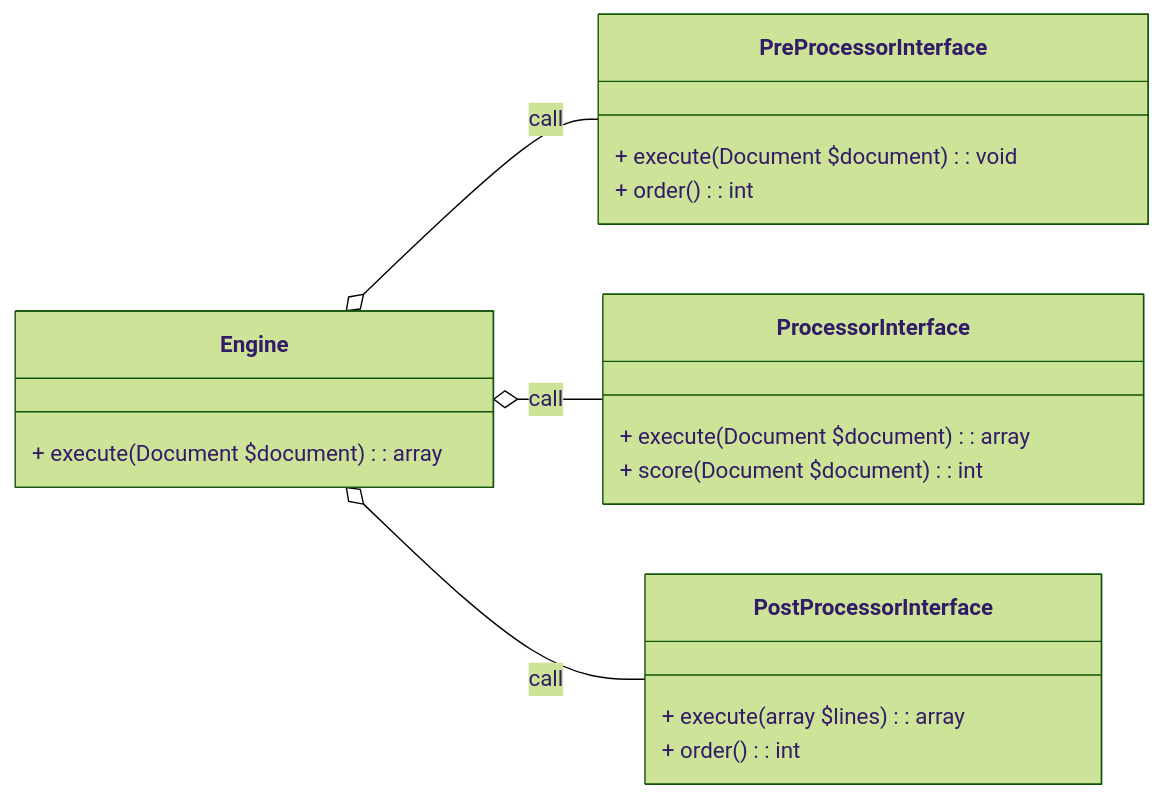
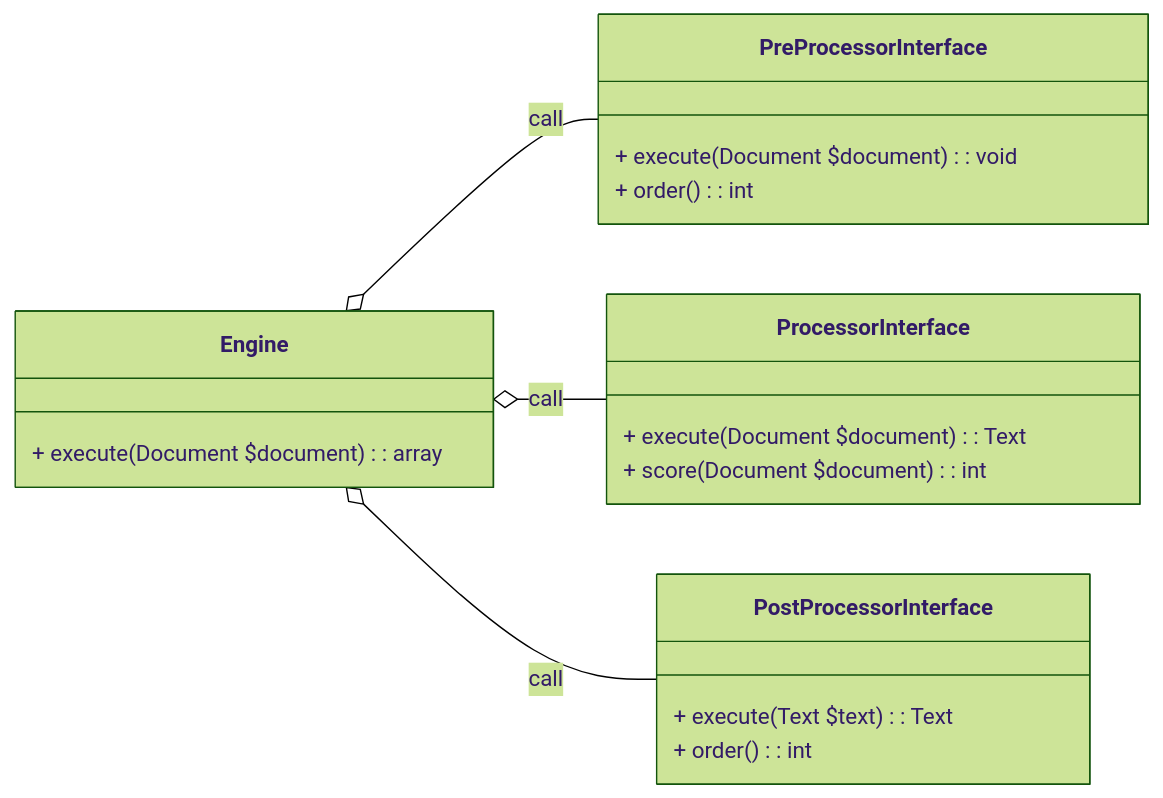
The diagram in doc/diagrams/generator.mermaid (desarrolla2/viu_47_proyecto_de_ingenieria_del_software), drawn with Mermaid (forest theme) before and after one commit. The commit also changed 21 other files, not shown here.

```diff
--- a/doc/diagrams/generator.mermaid
+++ b/doc/diagrams/generator.mermaid
@@ -1,24 +1,24 @@
 classDiagram
     direction LR
     Engine o-- PreProcessorInterface: call
     Engine o-- ProcessorInterface: call
     Engine o-- PostProcessorInterface: call
 
     class Engine {
         + execute(Document $document): array
     }
 
     class PreProcessorInterface {
         + execute(Document $document): void
         + order(): int
     }
 
     class ProcessorInterface {
-        + execute(Document $document): array
+        + execute(Document $document): Text
         + score(Document $document): int
     }
 
     class PostProcessorInterface {
-        + execute(array $lines): array
+        + execute(Text $text): Text
         + order(): int
     }
```
